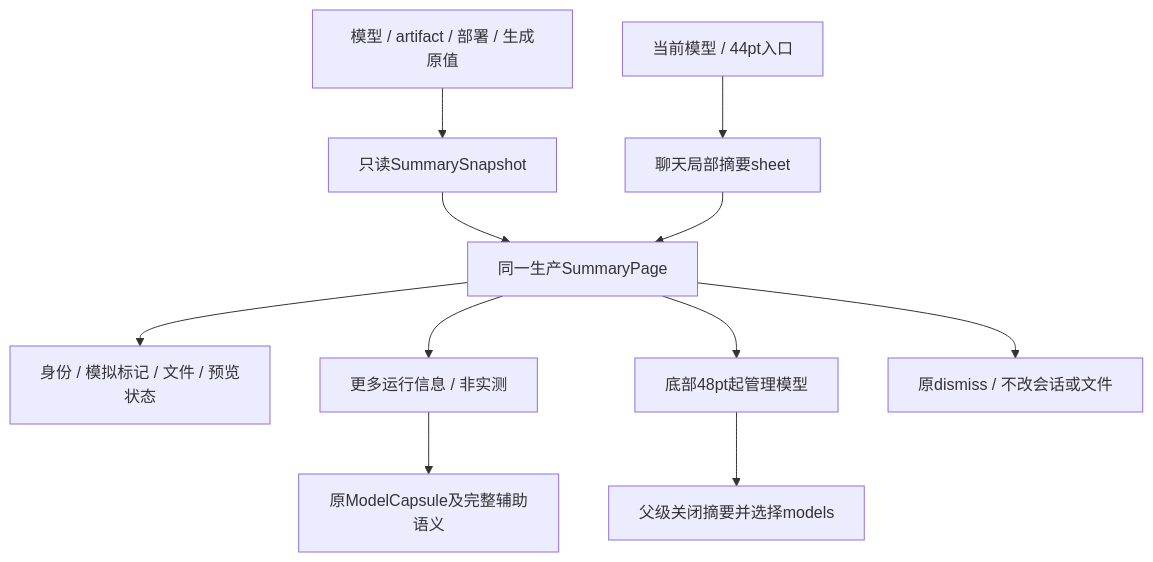
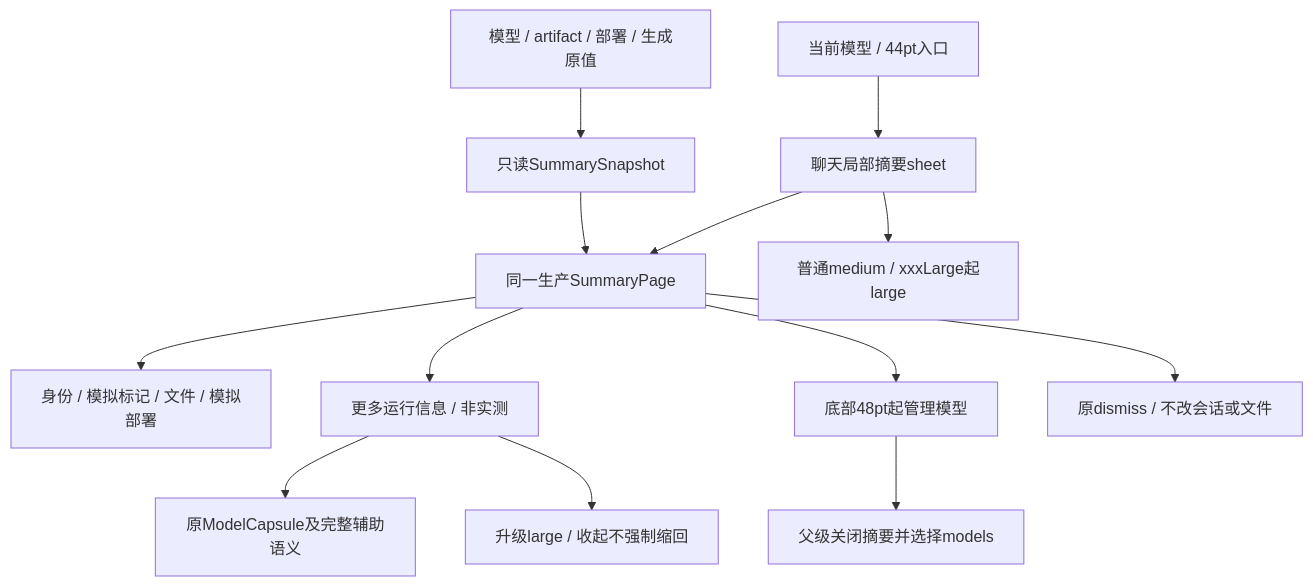
One commit to Altman-sam114/113 changed the first of 32 diagrams in md/flow/flowchart.md. Above: the diagram before and after it, drawn with Mermaid. The commit also changed 13 other files, not shown here.

````diff
--- a/md/flow/flowchart.md
+++ b/md/flow/flowchart.md
@@ -5,13 +5,15 @@
 ```mermaid
 flowchart TD
     Header[当前模型 / 44pt入口] --> Sheet[聊天局部摘要sheet]
     Values[模型 / artifact / 部署 / 生成原值] --> Snapshot[只读SummarySnapshot]
     Snapshot --> Page[同一生产SummaryPage]
     Sheet --> Page
-    Page --> First[身份 / 模拟标记 / 文件 / 预览状态]
+    Page --> First[身份 / 模拟标记 / 文件 / 模拟部署]
+    Sheet --> Detent[普通medium / xxxLarge起large]
     Page --> More[更多运行信息 / 非实测]
     More --> Capsule[原ModelCapsule及完整辅助语义]
+    More --> Large[升级large / 收起不强制缩回]
     Page --> Manage[底部48pt起管理模型]
     Manage --> Route[父级关闭摘要并选择models]
     Page --> Close[原dismiss / 不改会话或文件]
 ```
````
